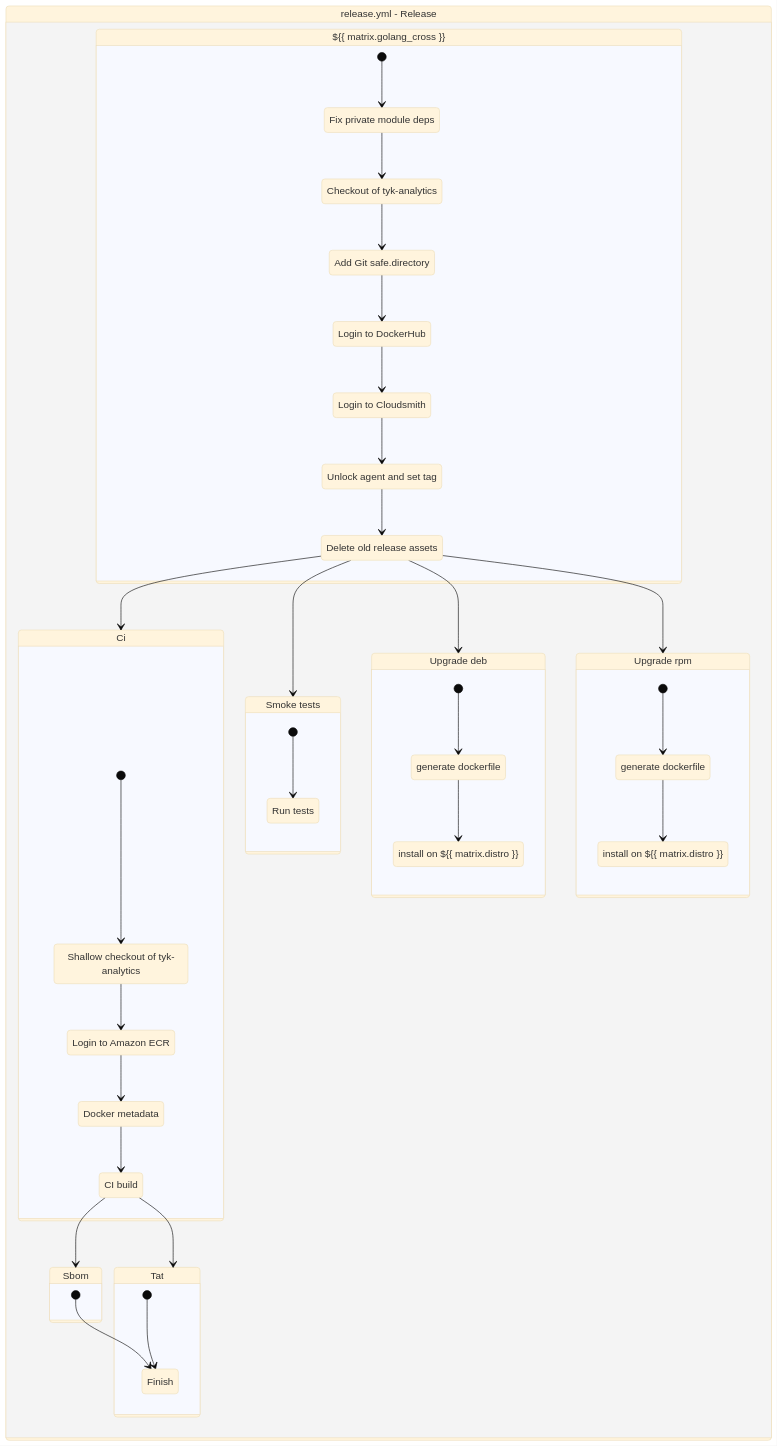
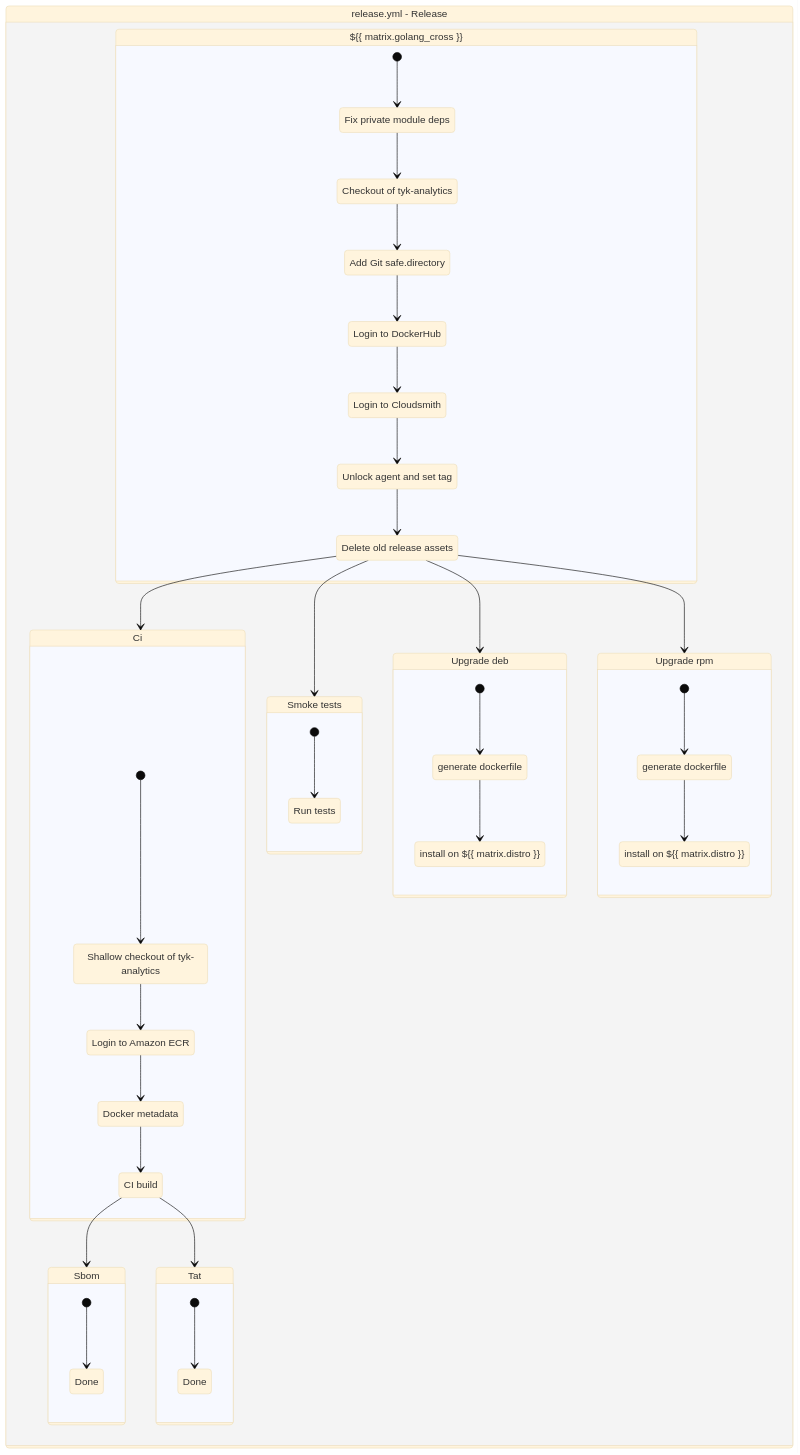
Before and after one commit to TykTechnologies/exp: the diagram in docs/github-actions/tyk-analytics/release.yml.mermaid, drawn with Mermaid (base theme). The commit also changed 7 other files, not shown here.

```diff
--- a/docs/github-actions/tyk-analytics/release.yml.mermaid
+++ b/docs/github-actions/tyk-analytics/release.yml.mermaid
@@ -1,71 +1,73 @@
 stateDiagram-v2
     workflow : release.yml - Release
     state workflow {
         goreleaser: ${{ matrix.golang_cross }}
         state goreleaser {
             [*] --> step0goreleaser
             step0goreleaser : Fix private module deps
             step0goreleaser --> step1goreleaser
             step1goreleaser : Checkout of tyk-analytics
             step1goreleaser --> step2goreleaser
             step2goreleaser : Add Git safe.directory
             step2goreleaser --> step5goreleaser
             step5goreleaser : Login to DockerHub
             step5goreleaser --> step6goreleaser
             step6goreleaser : Login to Cloudsmith
             step6goreleaser --> step7goreleaser
             step7goreleaser : Unlock agent and set tag
             step7goreleaser --> step8goreleaser
             step8goreleaser : Delete old release assets
             step8goreleaser --> ci
             step8goreleaser --> smoke_tests
             step8goreleaser --> upgrade_deb
             step8goreleaser --> upgrade_rpm
         }
 
         ci: Ci
         state ci {
             [*] --> step0ci
             step0ci : Shallow checkout of tyk-analytics
             step0ci --> step2ci
             step2ci : Login to Amazon ECR
             step2ci --> step4ci
             step4ci : Docker metadata
             step4ci --> step7ci
             step7ci : CI build
             step7ci --> sbom
             step7ci --> tat
         }
 
         sbom: Sbom
         state sbom {
-            [*] --> Finish
+            sbom_finish: Done
+            [*] --> sbom_finish
         }
 
         smoke_tests: Smoke tests
         state smoke_tests {
             [*] --> step1smoke_tests
             step1smoke_tests : Run tests
         }
 
         tat: Tat
         state tat {
-            [*] --> Finish
+            tat_finish: Done
+            [*] --> tat_finish
         }
 
         upgrade_deb: Upgrade deb
         state upgrade_deb {
             [*] --> step4upgrade_deb
             step4upgrade_deb : generate dockerfile
             step4upgrade_deb --> step5upgrade_deb
             step5upgrade_deb : install on ${{ matrix.distro }}
         }
 
         upgrade_rpm: Upgrade rpm
         state upgrade_rpm {
             [*] --> step3upgrade_rpm
             step3upgrade_rpm : generate dockerfile
             step3upgrade_rpm --> step4upgrade_rpm
             step4upgrade_rpm : install on ${{ matrix.distro }}
         }
     }
```
